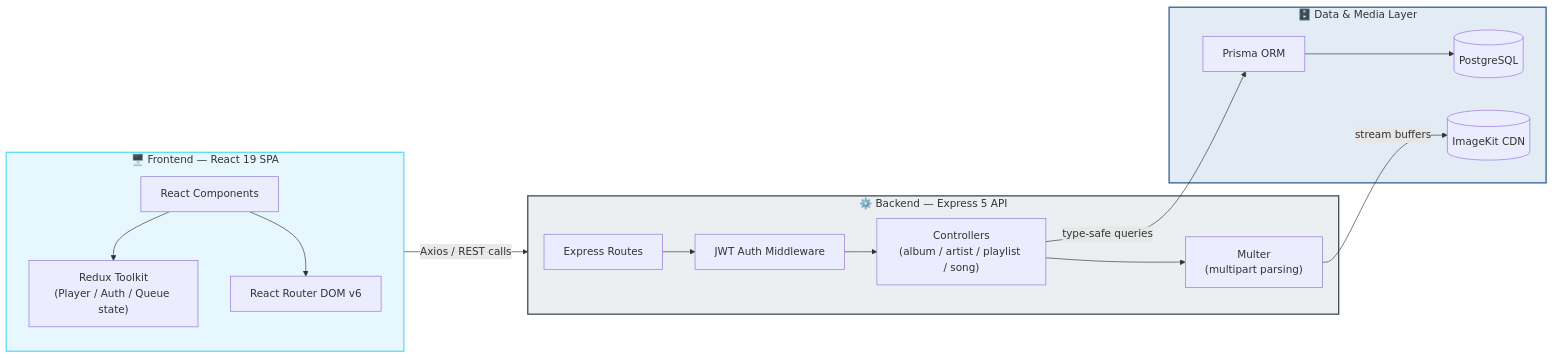
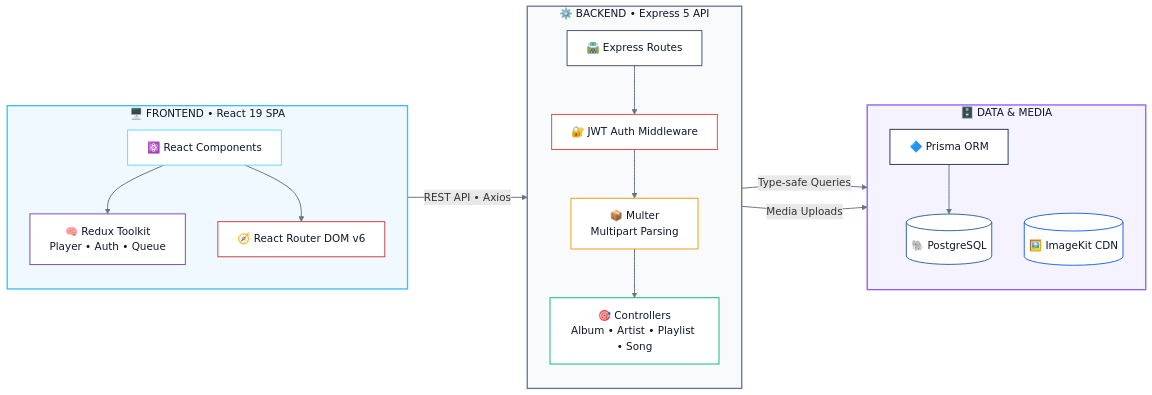
Before and after one commit to TheShivaji/EchoBeat: the first of 3 diagrams in README.md, drawn with Mermaid. The commit also changed other lines of this file, not shown here.

````diff
--- a/README.md
+++ b/README.md
@@ -49,34 +49,75 @@
 ```mermaid
 flowchart LR
-    subgraph Client["🖥️ Frontend — React 19 SPA"]
-        UI["React Components"]
-        RTK["Redux Toolkit<br/>(Player / Auth / Queue state)"]
-        Router["React Router DOM v6"]
+    %% =========================
+    %% CLIENT
+    %% =========================
+    subgraph Client["🖥️  FRONTEND  •  React 19 SPA"]
+        direction TB
+
+        UI["⚛️ React Components"]
+        RTK["🧠 Redux Toolkit<br/>Player • Auth • Queue"]
+        Router["🧭 React Router DOM v6"]
+
         UI --> RTK
         UI --> Router
     end
 
-    subgraph Server["⚙️ Backend — Express 5 API"]
-        Routes["Express Routes"]
-        MW["JWT Auth Middleware"]
-        Ctrl["Controllers<br/>(album / artist / playlist / song)"]
-        Multer["Multer<br/>(multipart parsing)"]
-        Routes --> MW --> Ctrl
-        Ctrl --> Multer
+    %% =========================
+    %% SERVER
+    %% =========================
+    subgraph Server["⚙️  BACKEND  •  Express 5 API"]
+        direction TB
+
+        Routes["🛣️ Express Routes"]
+        MW["🔐 JWT Auth Middleware"]
+        Multer["📦 Multer<br/>Multipart Parsing"]
+        Ctrl["🎯 Controllers<br/>Album • Artist • Playlist • Song"]
+
+        Routes --> MW
+        MW --> Multer
+        Multer --> Ctrl
     end
 
-    subgraph Data["🗄️ Data & Media Layer"]
-        Prisma["Prisma ORM"]
-        PG[("PostgreSQL")]
-        IK[("ImageKit CDN")]
+    %% =========================
+    %% DATA
+    %% =========================
+    subgraph Data["🗄️  DATA & MEDIA"]
+        direction TB
+
+        Prisma["🔷 Prisma ORM"]
+        PG[("🐘 PostgreSQL")]
+        IK[("🖼️ ImageKit CDN")]
+
         Prisma --> PG
     end
 
-    Client -- "Axios / REST calls" --> Server
-    Ctrl -- "type-safe queries" --> Prisma
-    Multer -- "stream buffers" --> IK
+    %% =========================
+    %% CONNECTIONS
+    %% =========================
+    Client -->|"REST API • Axios"| Server
+    Ctrl -->|"Type-safe Queries"| Prisma
+    Ctrl -->|"Media Uploads"| IK
 
-    style Client fill:#e6f7fd,stroke:#61DAFB,stroke-width:2px
-    style Server fill:#eceff1,stroke:#404D59,stroke-width:2px
-    style Data fill:#e3ecf5,stroke:#316192,stroke-width:2px
+    %% =========================
+    %% STYLES
+    %% =========================
+    style Client fill:#F0F9FF,stroke:#38BDF8,stroke-width:2px,color:#0F172A
+    style Server fill:#F8FAFC,stroke:#64748B,stroke-width:2px,color:#0F172A
+    style Data fill:#F5F3FF,stroke:#8B5CF6,stroke-width:2px,color:#0F172A
+
+    style UI fill:#FFFFFF,stroke:#61DAFB,stroke-width:1.5px,color:#0F172A
+    style RTK fill:#FFFFFF,stroke:#764ABC,stroke-width:1.5px,color:#0F172A
+    style Router fill:#FFFFFF,stroke:#CA4245,stroke-width:1.5px,color:#0F172A
+
+    style Routes fill:#FFFFFF,stroke:#475569,stroke-width:1.5px,color:#0F172A
+    style MW fill:#FFFFFF,stroke:#EF4444,stroke-width:1.5px,color:#0F172A
+    style Multer fill:#FFFFFF,stroke:#F59E0B,stroke-width:1.5px,color:#0F172A
+    style Ctrl fill:#FFFFFF,stroke:#10B981,stroke-width:1.5px,color:#0F172A
+
+    style Prisma fill:#FFFFFF,stroke:#2D3748,stroke-width:1.5px,color:#0F172A
+    style PG fill:#FFFFFF,stroke:#336791,stroke-width:1.5px,color:#0F172A
+    style IK fill:#FFFFFF,stroke:#2563EB,stroke-width:1.5px,color:#0F172A
+
+    linkStyle default stroke:#64748B,stroke-width:1.5px
+
 ```
````
